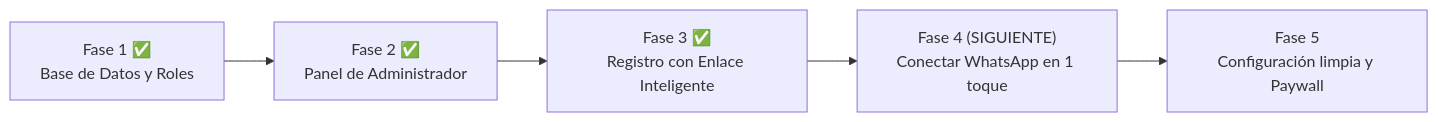
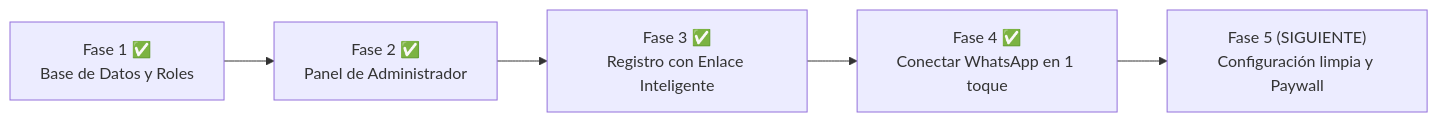
The diagram in PLAN_IMPLEMENTACION_SAAS.md (ThomasMariani11/chatbot-gastos), drawn with Mermaid before and after one commit.

Commit message:
docs: mark Phase 4 as completed in roadmap

````diff
--- a/PLAN_IMPLEMENTACION_SAAS.md
+++ b/PLAN_IMPLEMENTACION_SAAS.md
@@ -73,7 +73,7 @@
 ```mermaid
 flowchart LR
     F1["Fase 1 ✅\nBase de Datos y Roles"] --> F2["Fase 2 ✅\nPanel de Administrador"]
     F2 --> F3["Fase 3 ✅\nRegistro con Enlace Inteligente"]
-    F3 --> F4["Fase 4 (SIGUIENTE)\nConectar WhatsApp en 1 toque"]
-    F4 --> F5["Fase 5\nConfiguración limpia y Paywall"]
+    F3 --> F4["Fase 4 ✅\nConectar WhatsApp en 1 toque"]
+    F4 --> F5["Fase 5 (SIGUIENTE)\nConfiguración limpia y Paywall"]
 ```
````
